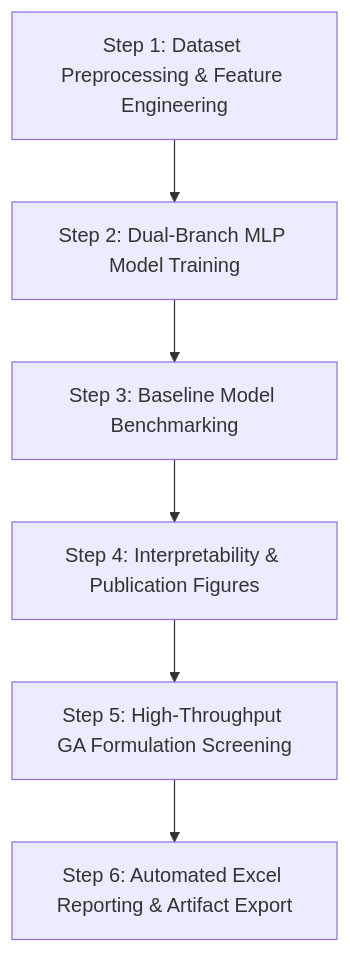
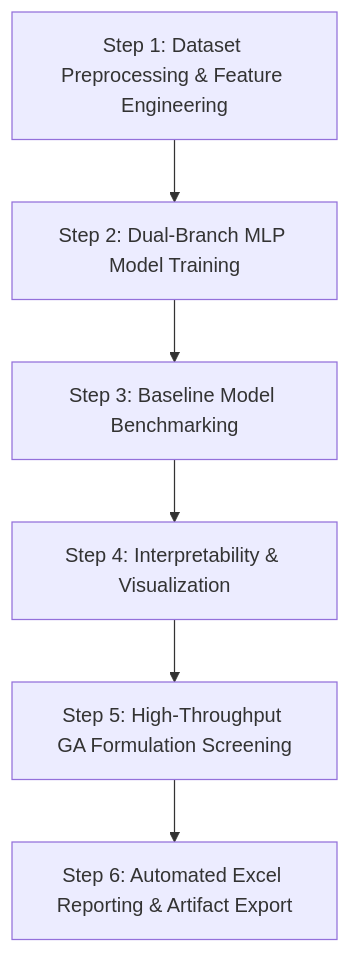
Before and after one commit to Lakshman1811/ML-Driven-High-Performance-Solid-Propellents: the diagram in README.md, drawn with Mermaid. The commit also changed other lines of this file, not shown here.

````diff
--- a/README.md
+++ b/README.md
@@ -27,8 +27,8 @@
 ```mermaid
 flowchart TD
     A[Step 1: Dataset Preprocessing & Feature Engineering] --> B[Step 2: Dual-Branch MLP Model Training]
     B --> C[Step 3: Baseline Model Benchmarking]
-    C --> D[Step 4: Interpretability & Publication Figures]
+    C --> D[Step 4: Interpretability & Visualization]
     D --> E[Step 5: High-Throughput GA Formulation Screening]
     E --> F[Step 6: Automated Excel Reporting & Artifact Export]
 ```
````
